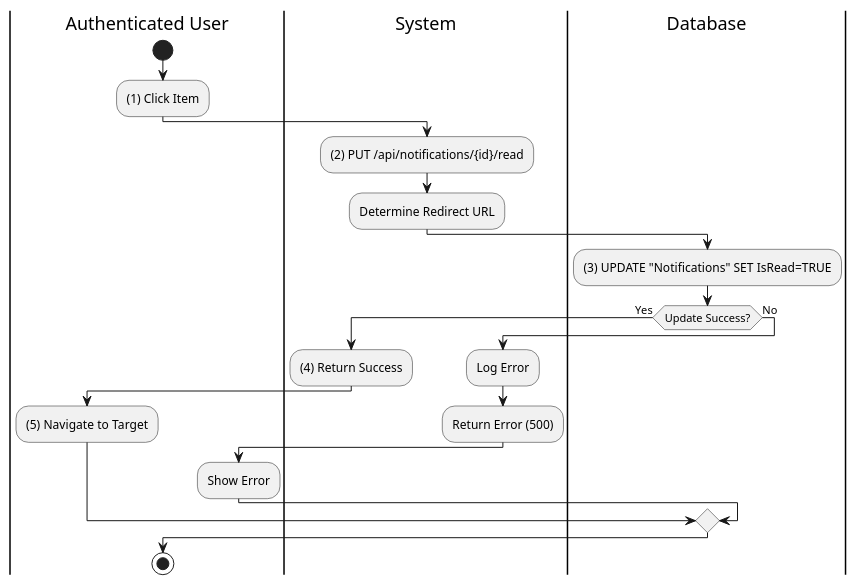
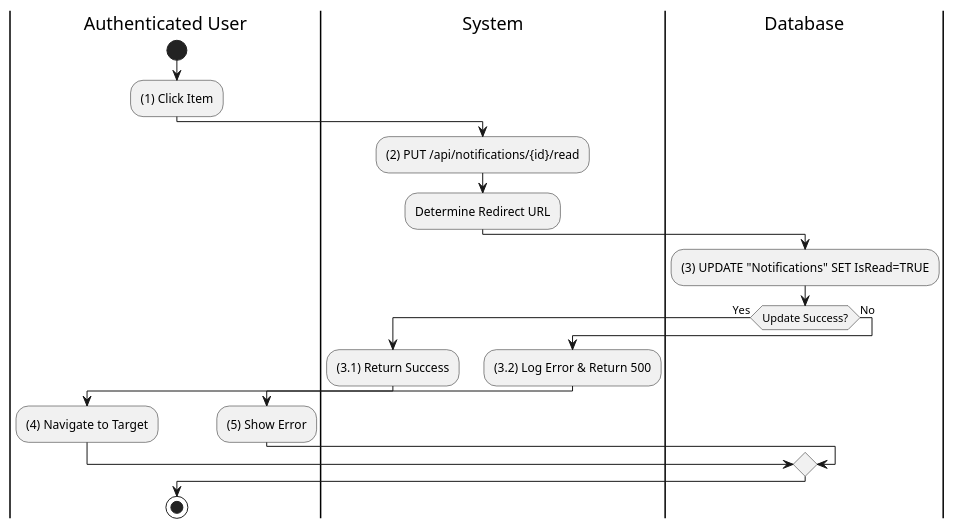
Before and after one commit to I-Love-U-3000/Favi-BE: the third of 10 diagrams in UC_2.1.8_Monitor_Notification.md, drawn with PlantUML. The commit also changed other lines of this file and 36 other files, not shown here.

````diff
--- a/UC_2.1.8_Monitor_Notification.md
+++ b/UC_2.1.8_Monitor_Notification.md
@@ -116,25 +110,24 @@
 ```plantuml
 @startuml
 |Authenticated User|
 start
 :(1) Click Item;
 |System|
 :(2) PUT /api/notifications/{id}/read;
 :Determine Redirect URL;
 |Database|
 :(3) UPDATE "Notifications" SET IsRead=TRUE;
 if (Update Success?) then (Yes)
     |System|
-    :(4) Return Success;
+    :(3.1) Return Success;
     |Authenticated User|
-    :(5) Navigate to Target;
+    :(4) Navigate to Target;
 else (No)
     |System|
-    :Log Error;
-    :Return Error (500);
+    :(3.2) Log Error & Return 500;
     |Authenticated User|
-    :Show Error;
+    :(5) Show Error;
 endif
 stop
 @enduml
 ```
````
